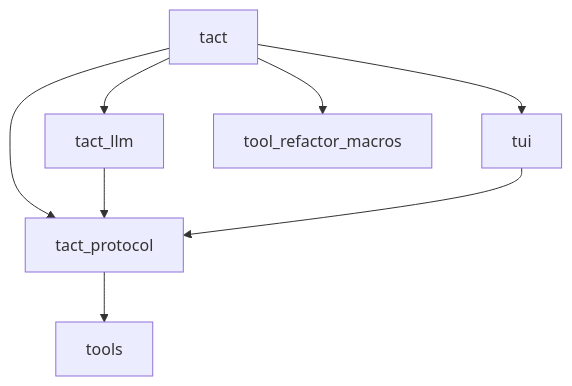
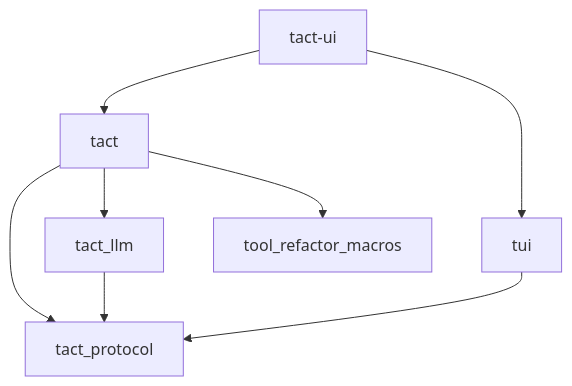
The first of 10 diagrams in ARCHITECTURE.md (rust-infra/tact), drawn with Mermaid before and after one commit. The commit also changed other lines of this file and 69 other files, not shown here.

````diff
--- a/ARCHITECTURE.md
+++ b/ARCHITECTURE.md
@@ -24,10 +24,10 @@
 ```mermaid
 flowchart TB
+    tact_ui["tact-ui"] --> tact
+    tact_ui --> tui
     tact --> tact_protocol
-    tact --> tui
     tact --> tact_llm
     tact --> tool_refactor_macros
     tact_llm --> tact_protocol
     tui --> tact_protocol
-    tact_protocol --> tools
 ```
````
